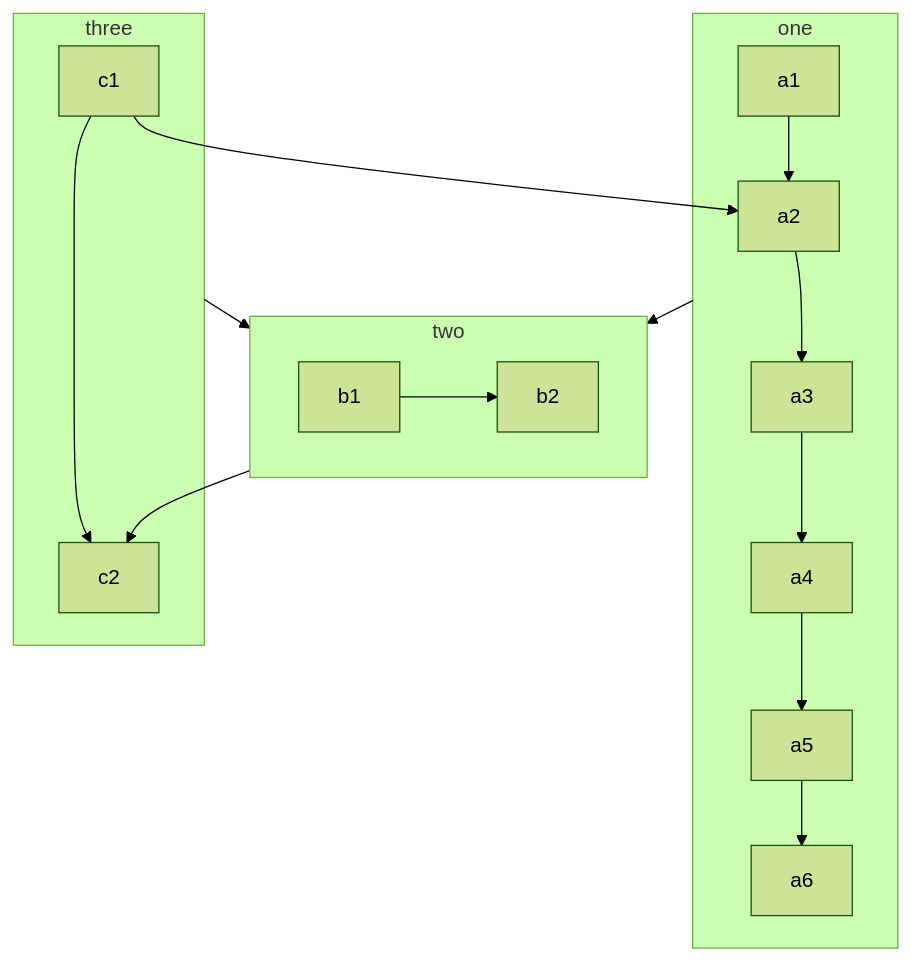
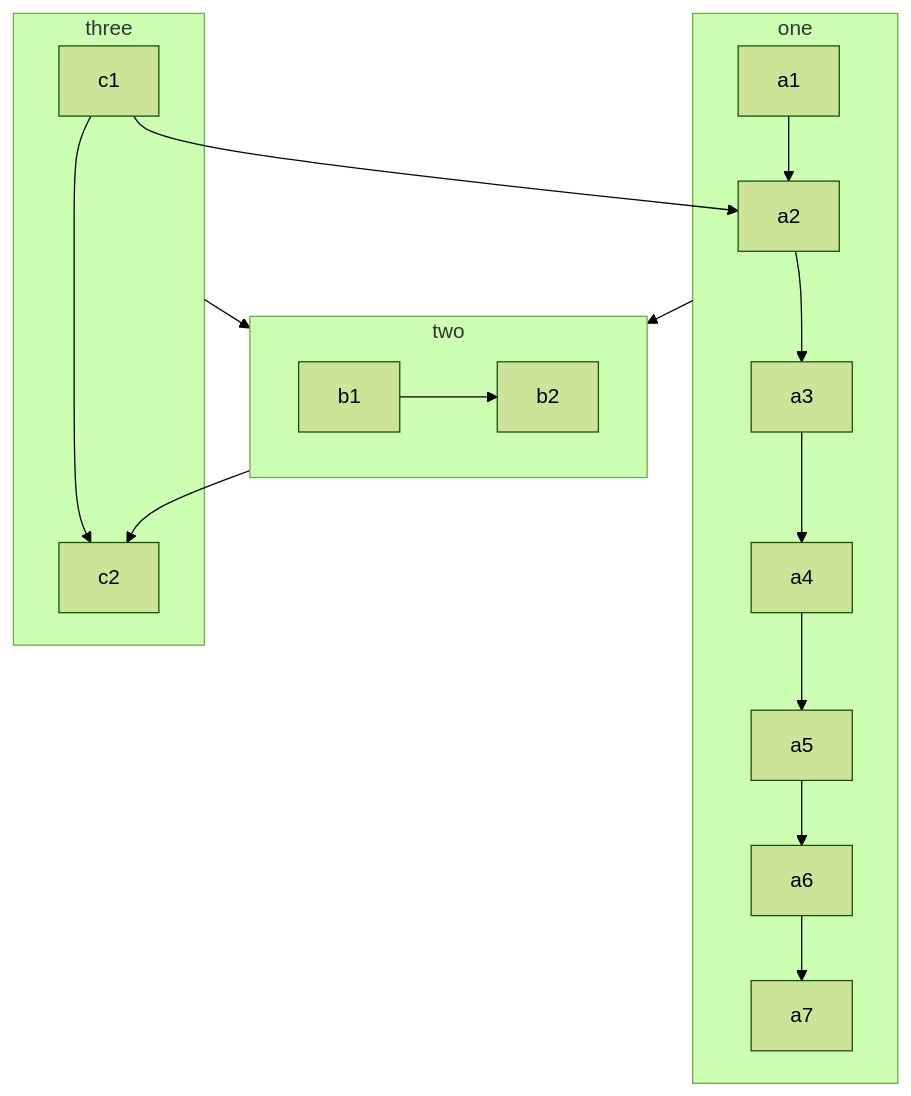
The diagram in flowcharts/conception.mmd (rhoenkelevra/pre_commit), drawn with Mermaid (forest theme) before and after one commit.

```diff
--- a/flowcharts/conception.mmd
+++ b/flowcharts/conception.mmd
@@ -1,22 +1,23 @@
 flowchart TB
     c1-->a2
 
     subgraph one
     a1-->a2
     a2-->a3
     a3-->a4
     a4-->a5
-    a5-->a6 
+    a5-->a6
+    a6-->a7 
     end
 
     subgraph two
     b1-->b2
     end
 
     subgraph three
     c1-->c2
     end
 
     one --> two
     three --> two
     two --> c2
```
